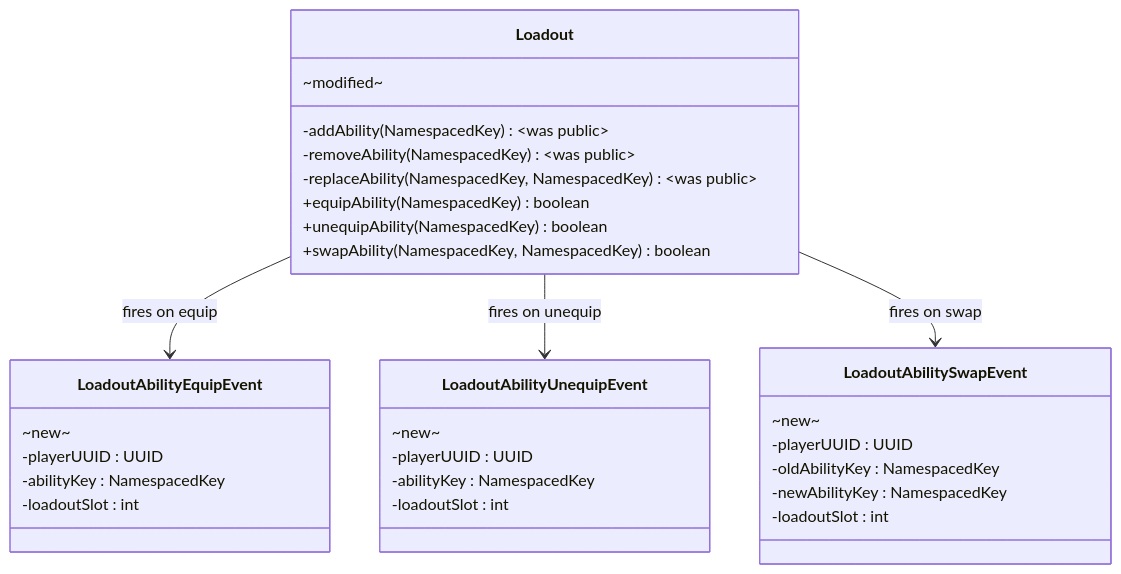
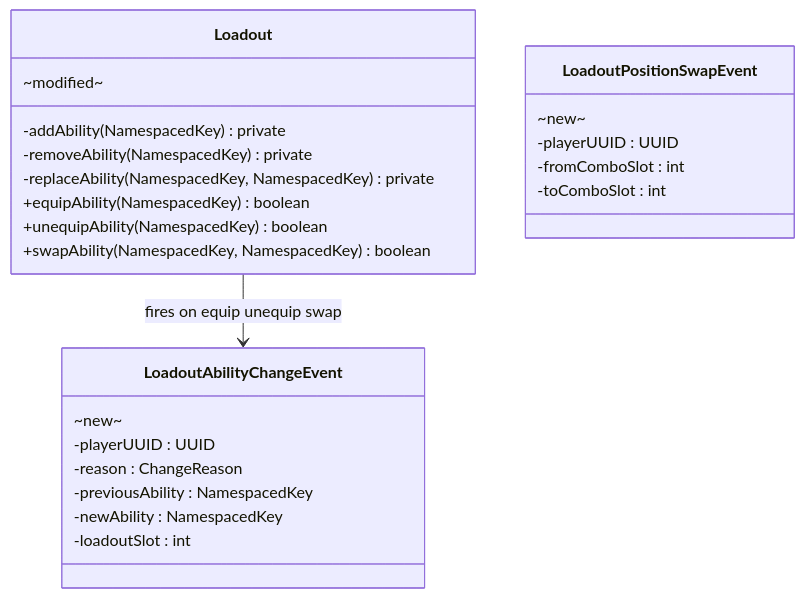
One commit to DiamondDagger590/McRPG changed the seventh of 9 diagrams in docs/lld/tutorial-quest-system/phase-1-quest-engine-extensions.md. Above: the diagram before and after it, drawn with Mermaid. The commit also changed other lines of this file and 130 other files, not shown here.

````diff
--- a/docs/lld/tutorial-quest-system/phase-1-quest-engine-extensions.md
+++ b/docs/lld/tutorial-quest-system/phase-1-quest-engine-extensions.md
@@ -342,40 +354,32 @@
 ```mermaid
 classDiagram
     direction TB
 
     class Loadout {
         ~modified~
-        -addAbility(NamespacedKey) ~was public~
-        -removeAbility(NamespacedKey) ~was public~
-        -replaceAbility(NamespacedKey, NamespacedKey) ~was public~
+        -addAbility(NamespacedKey) private
+        -removeAbility(NamespacedKey) private
+        -replaceAbility(NamespacedKey, NamespacedKey) private
         +equipAbility(NamespacedKey) boolean
         +unequipAbility(NamespacedKey) boolean
         +swapAbility(NamespacedKey, NamespacedKey) boolean
     }
 
-    class LoadoutAbilityEquipEvent {
+    class LoadoutAbilityChangeEvent {
         ~new~
         -playerUUID : UUID
-        -abilityKey : NamespacedKey
+        -reason : ChangeReason
+        -previousAbility : NamespacedKey
+        -newAbility : NamespacedKey
         -loadoutSlot : int
     }
 
-    class LoadoutAbilityUnequipEvent {
+    class LoadoutPositionSwapEvent {
         ~new~
         -playerUUID : UUID
-        -abilityKey : NamespacedKey
-        -loadoutSlot : int
+        -fromComboSlot : int
+        -toComboSlot : int
     }
 
-    class LoadoutAbilitySwapEvent {
-        ~new~
-        -playerUUID : UUID
-        -oldAbilityKey : NamespacedKey
-        -newAbilityKey : NamespacedKey
-        -loadoutSlot : int
-    }
-
-    Loadout --> LoadoutAbilityEquipEvent : fires on equip
-    Loadout --> LoadoutAbilityUnequipEvent : fires on unequip
-    Loadout --> LoadoutAbilitySwapEvent : fires on swap
+    Loadout --> LoadoutAbilityChangeEvent : fires on equip unequip swap
 ```
````
